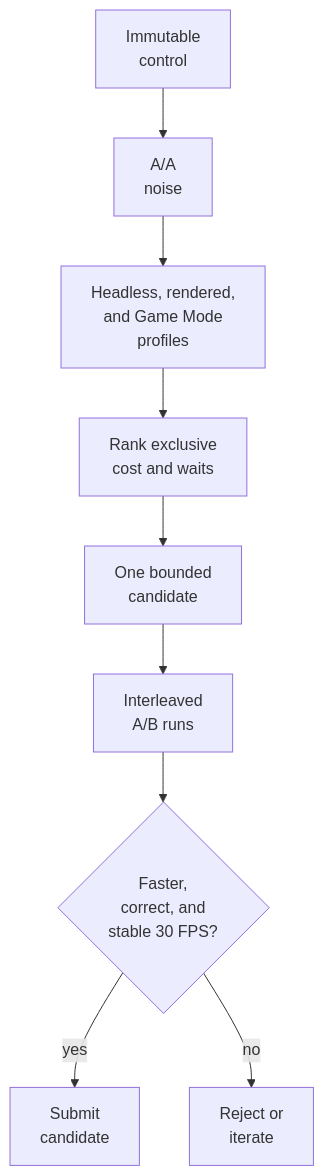
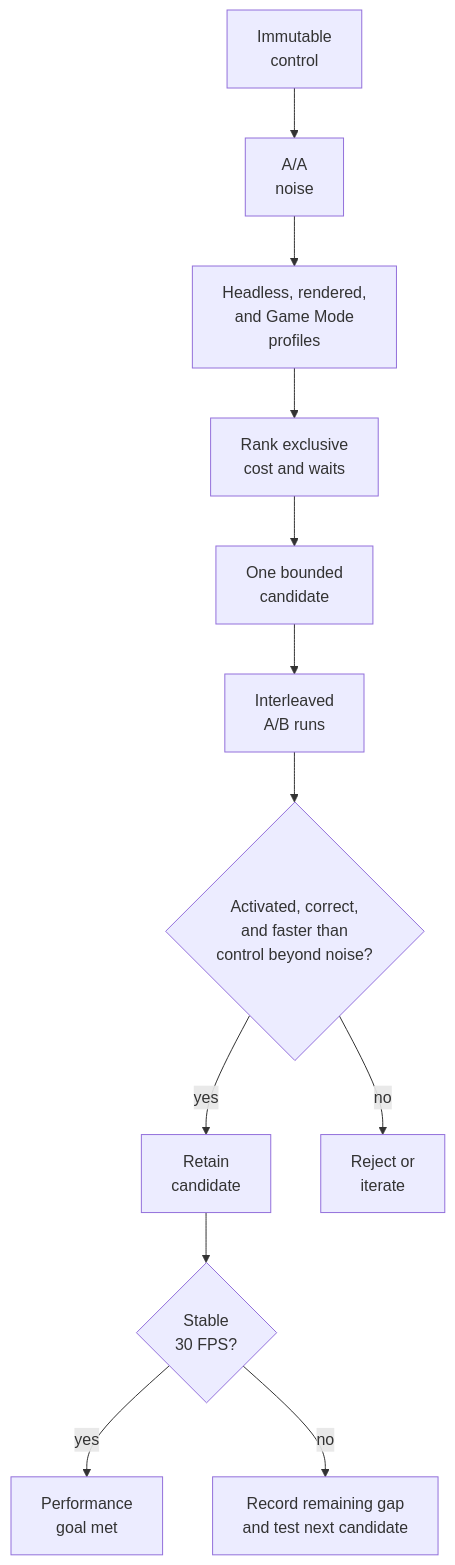
One commit to Aelbannan/boat_of_daphnes changed the first of 2 diagrams in docs/planning/2026-10-19-gamethread-optimizations/TECH_PLAN.md. Above: the diagram before and after it, drawn with Mermaid. The commit also changed other lines of this file and 1 other file, not shown here.

Commit message:
docs: separate candidate gain from FPS goal

````diff
--- a/docs/planning/2026-10-19-gamethread-optimizations/TECH_PLAN.md
+++ b/docs/planning/2026-10-19-gamethread-optimizations/TECH_PLAN.md
@@ -203,11 +205,14 @@
 ```mermaid
 flowchart TD
     Control["Immutable<br/>control"] --> Noise["A/A<br/>noise"]
     Noise --> Profile["Headless, rendered,<br/>and Game Mode<br/>profiles"]
     Profile --> Rank["Rank exclusive<br/>cost and waits"]
     Rank --> Candidate["One bounded<br/>candidate"]
     Candidate --> Compare["Interleaved<br/>A/B runs"]
-    Compare --> Gates{"Faster,<br/>correct, and<br/>stable 30 FPS?"}
-    Gates -->|"yes"| Retain["Submit<br/>candidate"]
+    Compare --> Gates{"Activated, correct,<br/>and faster than<br/>control beyond noise?"}
+    Gates -->|"yes"| Retain["Retain<br/>candidate"]
     Gates -->|"no"| Record["Reject or<br/>iterate"]
+    Retain --> Goal{"Stable<br/>30 FPS?"}
+    Goal -->|"yes"| Complete["Performance<br/>goal met"]
+    Goal -->|"no"| Continue["Record remaining gap<br/>and test next candidate"]
 ```
````
